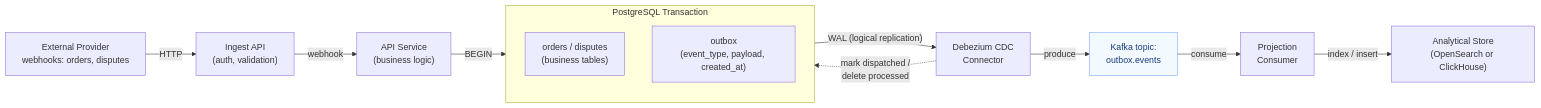
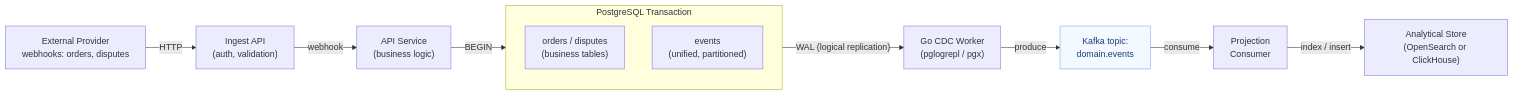
One commit to Mark-Juzefin/distributed-payment-manager-practice changed the diagram in docs/features/003-outbox-cdc-analytics/README.md. Above: the diagram before and after it, drawn with Mermaid. The commit also changed other lines of this file and 15 other files, not shown here.

````diff
--- a/docs/features/003-outbox-cdc-analytics/README.md
+++ b/docs/features/003-outbox-cdc-analytics/README.md
@@ -19,35 +20,32 @@
 ```mermaid
 flowchart LR
   %% External webhook arrives
   EXT["External Provider<br/>webhooks: orders, disputes"]
     -->|HTTP| ING["Ingest API<br/>(auth, validation)"]
 
   %% Ingest forwards to API (current: Kafka or HTTP sync)
   ING -->|"webhook"| API["API Service<br/>(business logic)"]
 
   %% API writes within single transaction
   subgraph TX["PostgreSQL Transaction"]
     direction TB
     BIZ["orders / disputes<br/>(business tables)"]
-    OUT["outbox<br/>(event_type, payload, created_at)"]
+    EVT["events<br/>(unified, partitioned)"]
   end
   API -->|"BEGIN"| TX
 
   %% CDC reads WAL
-  OUT -->|"WAL (logical replication)"| CDC["Debezium CDC<br/>Connector"]
+  EVT -->|"WAL (logical replication)"| CDC["Go CDC Worker<br/>(pglogrepl / pgx)"]
 
   %% CDC publishes to Kafka
-  CDC -->|"produce"| TOPIC["Kafka topic:<br/>outbox.events"]
+  CDC -->|"produce"| TOPIC["Kafka topic:<br/>domain.events"]
   class TOPIC kafka;
 
   %% Consumer builds analytical projection
   TOPIC -->|"consume"| PROJ["Projection<br/>Consumer"]
 
   %% Analytical store
   PROJ -->|"index / insert"| ANALYTICS["Analytical Store<br/>(OpenSearch or ClickHouse)"]
 
-  %% Outbox cleanup
-  CDC -.->|"mark dispatched /<br/>delete processed"| OUT
-
   classDef kafka fill:#f2f9ff,stroke:#7aa7ff,color:#1c3d7a,stroke-width:1px;
 ```
````
